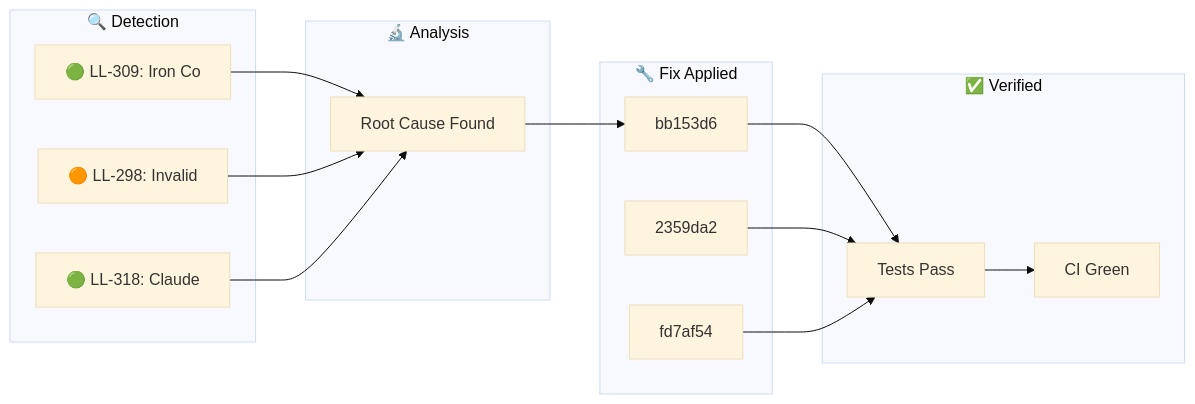
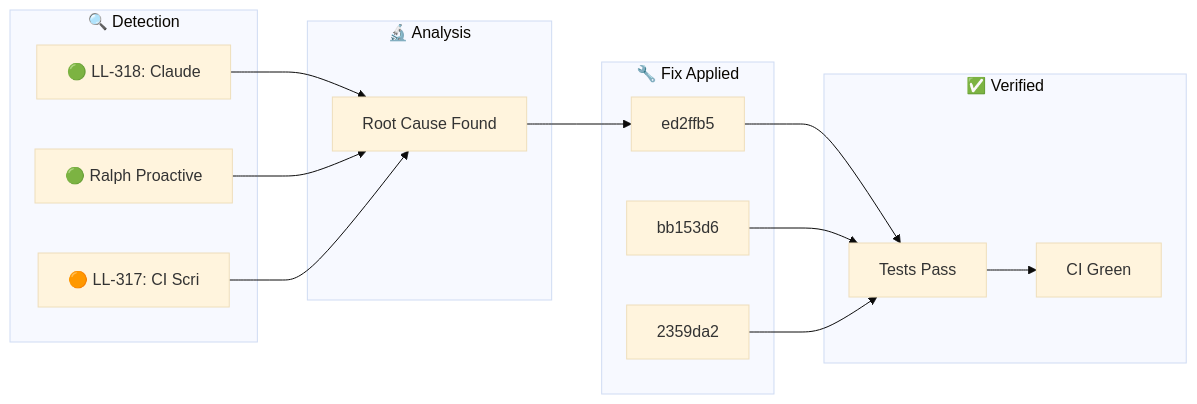
The diagram in docs/_posts/2026-01-28-ralph-discovery.md (YoByron/trading), drawn with Mermaid (base theme) before and after one commit. The commit also changed other lines of this file, not shown here.

Commit message:
docs(ralph): Auto-publish discovery blog post

````diff
--- a/docs/_posts/2026-01-28-ralph-discovery.md
+++ b/docs/_posts/2026-01-28-ralph-discovery.md
@@ -17,28 +17,28 @@
 ```mermaid
 flowchart LR
     subgraph Detection["🔍 Detection"]
-        D1["🟢 LL-309: Iron Co"]
-        D2["🟠 LL-298: Invalid"]
-        D3["🟢 LL-318: Claude "]
+        D1["🟢 LL-318: Claude "]
+        D2["🟢 Ralph Proactive"]
+        D3["🟠 LL-317: CI Scri"]
     end
     subgraph Analysis["🔬 Analysis"]
         A1["Root Cause Found"]
     end
     subgraph Fix["🔧 Fix Applied"]
-        F1["bb153d6"]
-        F2["2359da2"]
-        F3["fd7af54"]
+        F1["ed2ffb5"]
+        F2["bb153d6"]
+        F3["2359da2"]
     end
     subgraph Verify["✅ Verified"]
         V1["Tests Pass"]
         V2["CI Green"]
     end
     D1 --> A1
     D2 --> A1
     D3 --> A1
     A1 --> F1
     F1 --> V1
     F2 --> V1
     F3 --> V1
     V1 --> V2
 ```
````
